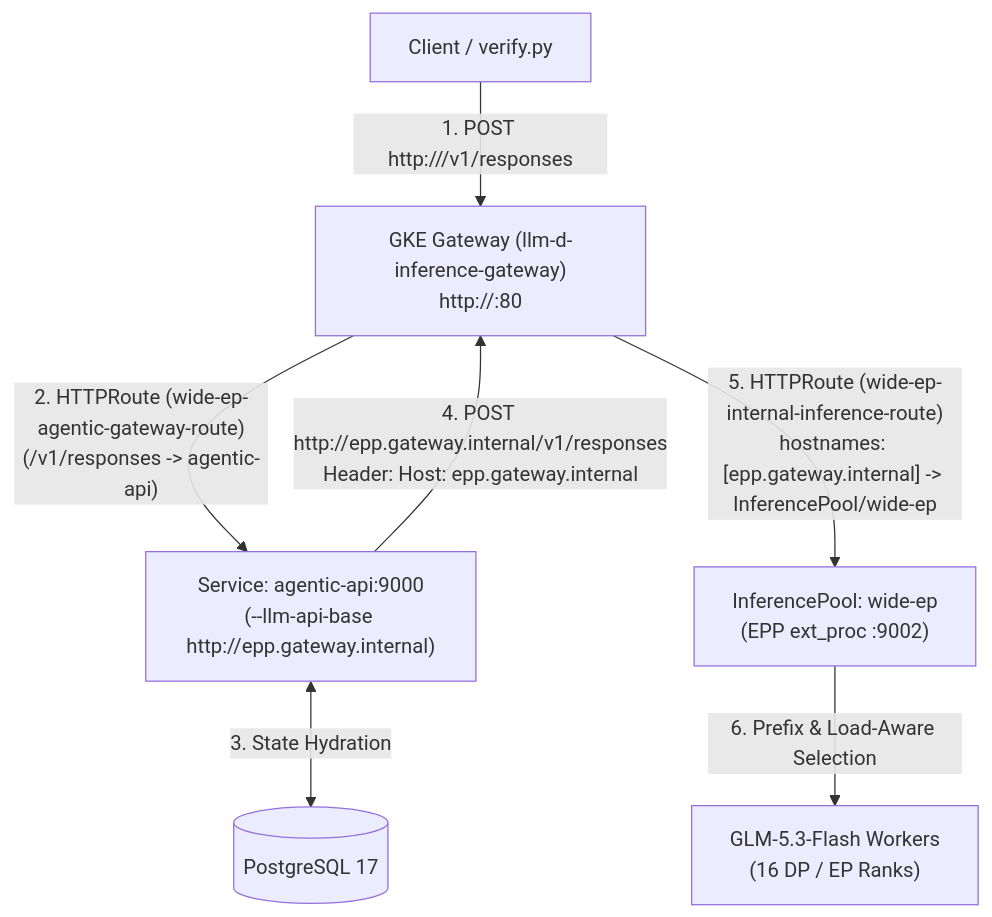
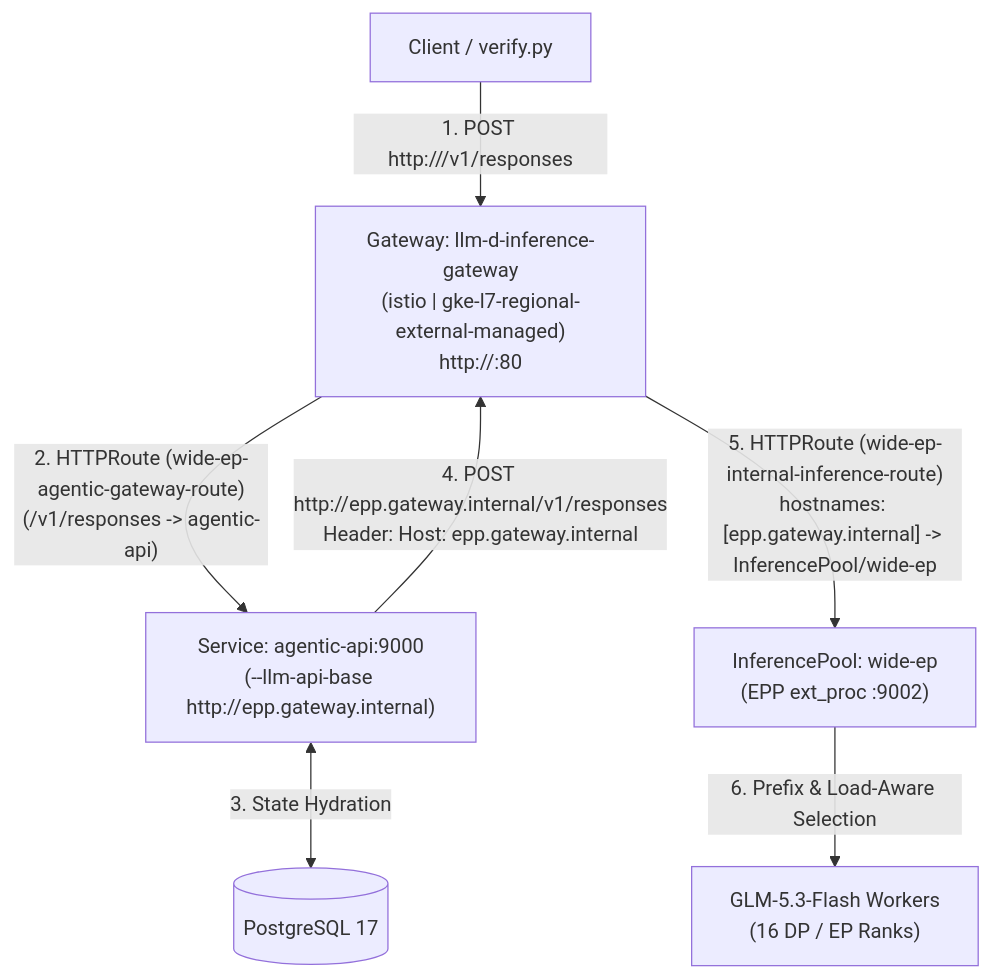
Before and after one commit to llm-d/llm-d: the second of 2 diagrams in guides/agentic-api/README.md, drawn with Mermaid. The commit also changed other lines of this file and 3 other files, not shown here.

````diff
--- a/guides/agentic-api/README.md
+++ b/guides/agentic-api/README.md
@@ -54,16 +77,16 @@
 ```mermaid
 flowchart TB
     C["Client / verify.py"]
-    GW["GKE Gateway (llm-d-inference-gateway)\nhttp://<GATEWAY_IP>:80"]
+    GW["Gateway: llm-d-inference-gateway\n(istio | gke-l7-regional-external-managed)\nhttp://<GATEWAY_IP>:80"]
     A["Service: agentic-api:9000\n(--llm-api-base http://epp.gateway.internal)"]
     PG[("PostgreSQL 17")]
     POOL["InferencePool: wide-ep\n(EPP ext_proc :9002)"]
     V["GLM-5.3-Flash Workers\n(16 DP / EP Ranks)"]
 
     C -->|"1. POST http://<GATEWAY_IP>/v1/responses"| GW
     GW -->|"2. HTTPRoute (wide-ep-agentic-gateway-route)\n(/v1/responses -> agentic-api)"| A
     A <-->|"3. State Hydration"| PG
     A -->|"4. POST http://epp.gateway.internal/v1/responses\nHeader: Host: epp.gateway.internal"| GW
     GW -->|"5. HTTPRoute (wide-ep-internal-inference-route)\nhostnames: [epp.gateway.internal] -> InferencePool/wide-ep"| POOL
     POOL -->|"6. Prefix & Load-Aware Selection"| V
 ```
````
